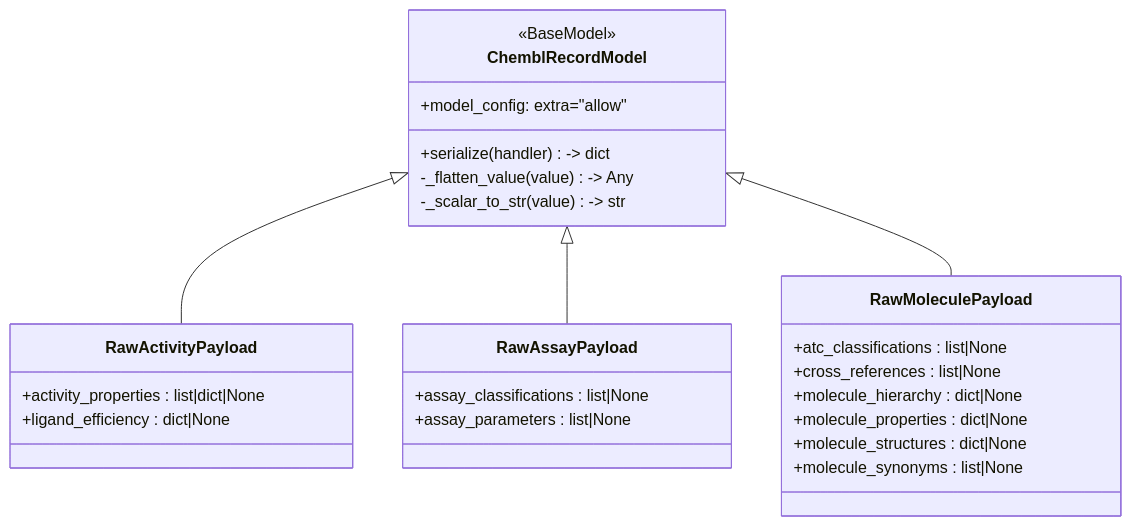
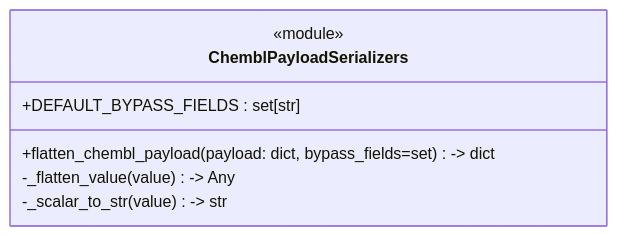
One commit to SatoryKono/BioactivityDataAcquisition changed the diagram in docs/architecture/diagrams/class/29-chembl-record-model.mmd. Above: the diagram before and after it, drawn with Mermaid. The commit also changed 57 other files, not shown here.

```diff
--- a/docs/architecture/diagrams/class/29-chembl-record-model.mmd
+++ b/docs/architecture/diagrams/class/29-chembl-record-model.mmd
@@ -1,29 +1,9 @@
 %%{init: {"class": {"domainPrimary": {"fill": "#f5f5f5", "stroke": "#444", "strokeWidth": 1.5, "color": "#111", "fontSize": "22px"}, "domainSecondary": {"fill": "#e3e7ec", "stroke": "#555", "strokeWidth": 1.2, "color": "#111", "fontSize": "18px"}, "interface": {"fill": "#dde7f2", "stroke": "#44546a", "strokeWidth": 1.5, "color": "#111", "fontSize": "22px"}}}}%%
 classDiagram
-    class ChemblRecordModel {
-        <<BaseModel>>
-        +model_config: extra="allow"
-        +serialize(handler) -> dict
+    class ChemblPayloadSerializers {
+        <<module>>
+        +DEFAULT_BYPASS_FIELDS : set[str]
+        +flatten_chembl_payload(payload: dict, bypass_fields=set) -> dict
         -_flatten_value(value) -> Any
         -_scalar_to_str(value) -> str
     }
-    class RawActivityPayload {
-        +activity_properties : list|dict|None
-        +ligand_efficiency : dict|None
-    }
-    class RawAssayPayload {
-        +assay_classifications : list|None
-        +assay_parameters : list|None
-    }
-    class RawMoleculePayload {
-        +atc_classifications : list|None
-        +cross_references : list|None
-        +molecule_hierarchy : dict|None
-        +molecule_properties : dict|None
-        +molecule_structures : dict|None
-        +molecule_synonyms : list|None
-    }
-
-    ChemblRecordModel <|-- RawActivityPayload
-    ChemblRecordModel <|-- RawAssayPayload
-    ChemblRecordModel <|-- RawMoleculePayload
```
